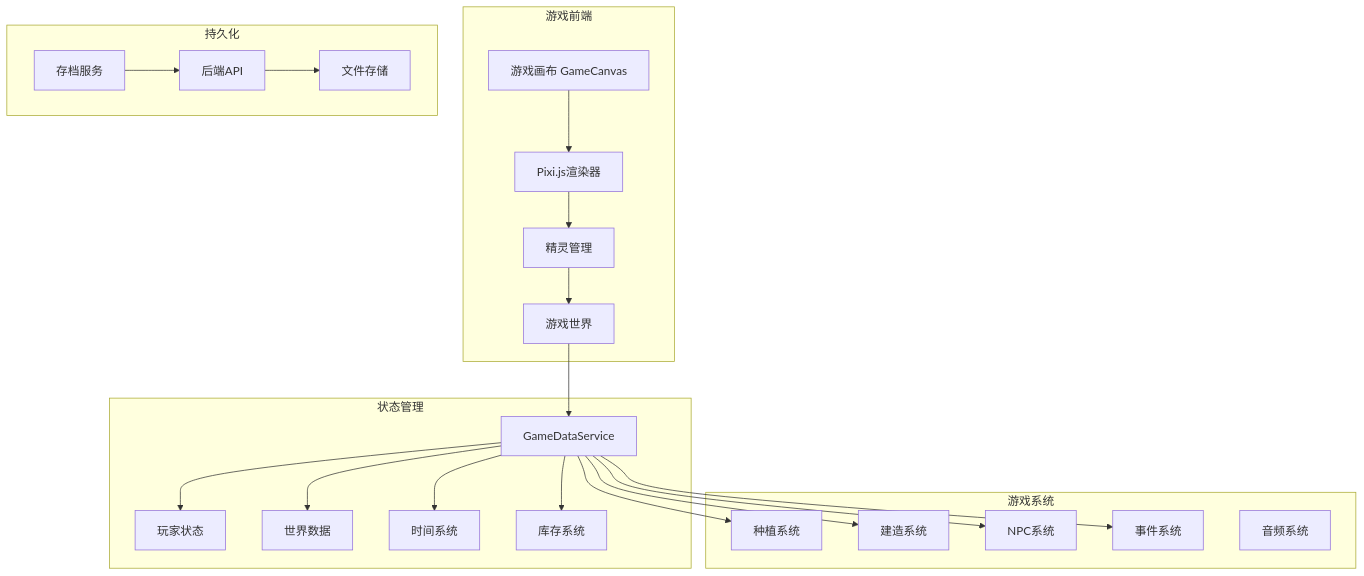
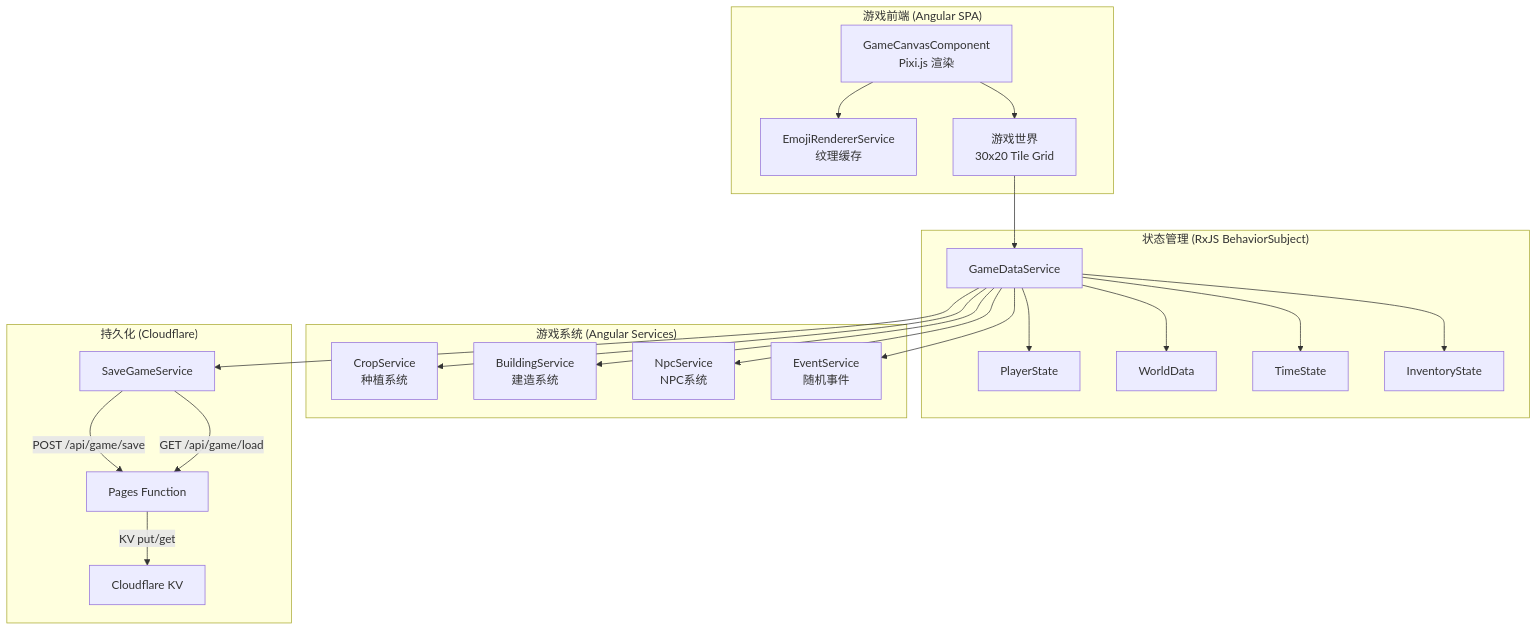
The second of 4 diagrams in README.md (ChanMeng666/otherworld-god-farmer), drawn with Mermaid before and after one commit. The commit also changed other lines of this file and 9 other files, not shown here.

First line of the commit message:
feat: migrate deployment from Vercel to Cloudflare Pages

````diff
--- a/README.md
+++ b/README.md
@@ -257,37 +271,34 @@
 ```mermaid
 graph TB
-    subgraph "游戏前端"
-        A[游戏画布 GameCanvas] --> B[Pixi.js渲染器]
-        B --> C[精灵管理]
-        C --> D[游戏世界]
+    subgraph "游戏前端 (Angular SPA)"
+        A[GameCanvasComponent<br/>Pixi.js 渲染] --> B[EmojiRendererService<br/>纹理缓存]
+        A --> C[游戏世界<br/>30x20 Tile Grid]
     end
-    
-    subgraph "状态管理"
-        E[GameDataService] --> F[玩家状态]
-        E --> G[世界数据]
-        E --> H[时间系统]
-        E --> I[库存系统]
+
+    subgraph "状态管理 (RxJS BehaviorSubject)"
+        E[GameDataService] --> F[PlayerState]
+        E --> G[WorldData]
+        E --> H[TimeState]
+        E --> I[InventoryState]
     end
-    
-    subgraph "游戏系统"
-        J[种植系统]
-        K[建造系统]
-        L[NPC系统]
-        M[事件系统]
-        N[音频系统]
+
+    subgraph "游戏系统 (Angular Services)"
+        J[CropService<br/>种植系统]
+        K[BuildingService<br/>建造系统]
+        L[NpcService<br/>NPC系统]
+        M[EventService<br/>随机事件]
     end
-    
-    subgraph "持久化"
-        O[存档服务]
-        P[后端API]
-        Q[文件存储]
+
+    subgraph "持久化 (Cloudflare)"
+        O[SaveGameService] -- "POST /api/game/save" --> P[Pages Function]
+        O -- "GET /api/game/load" --> P
+        P -- "KV put/get" --> Q[Cloudflare KV]
     end
-    
-    D --> E
+
+    C --> E
     E --> J
     E --> K
     E --> L
     E --> M
-    O --> P
-    P --> Q
+    E --> O
 ```
````
